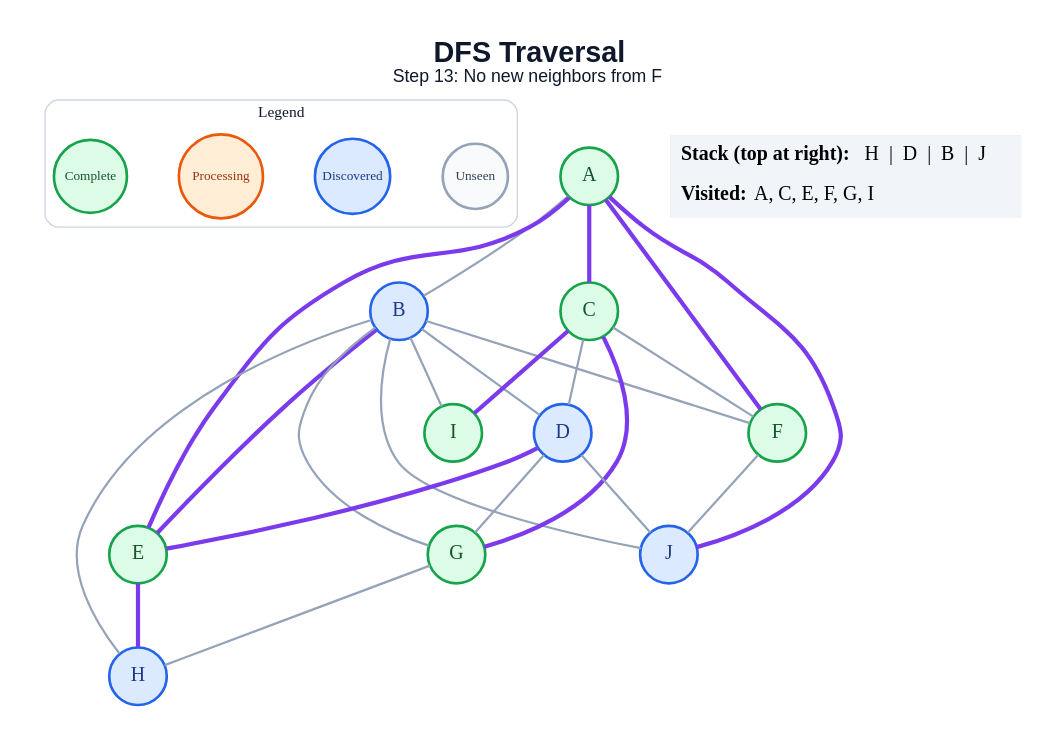
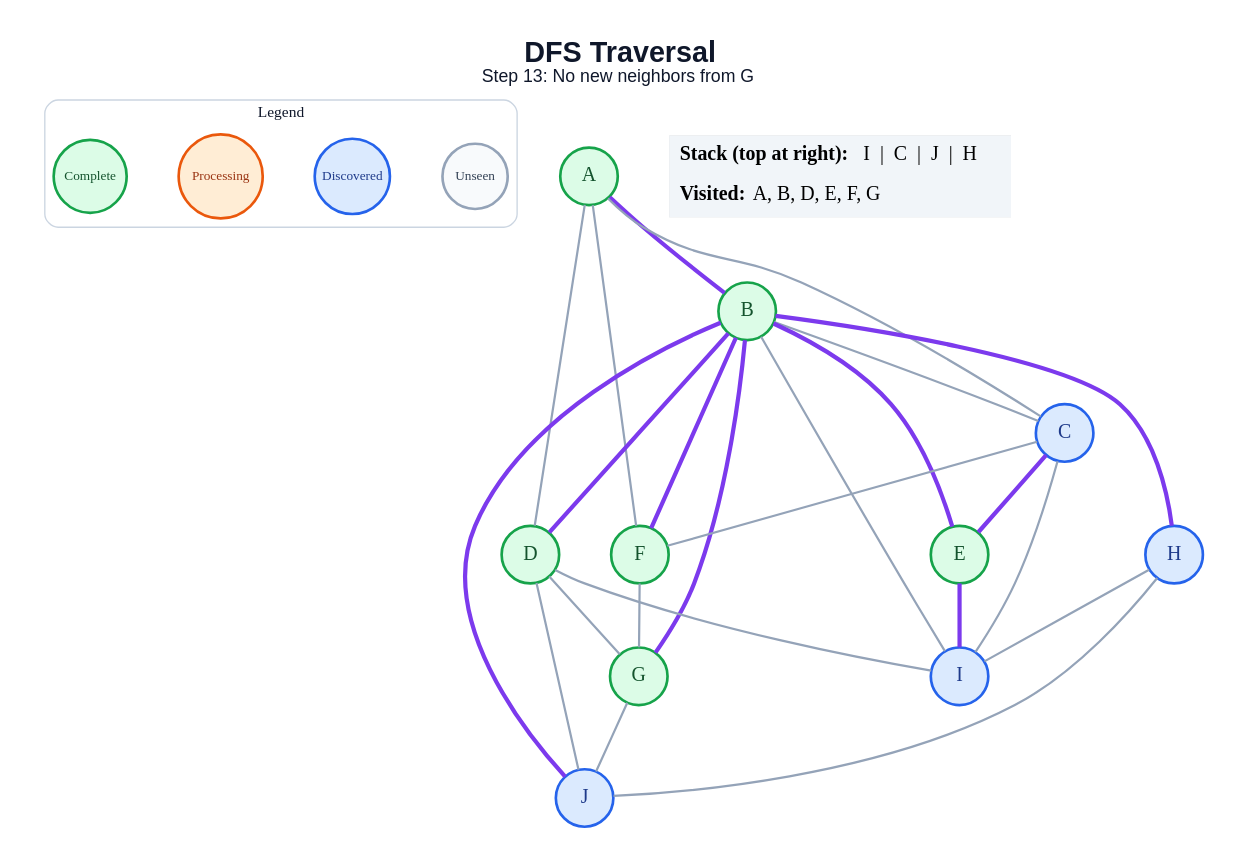
The diagram in generated/specific-node/dfs/step_13.dot (anon7238593-create/ai-slop), drawn with Graphviz before and after one commit. The commit also changed 178 other files, not shown here.

```diff
--- a/generated/specific-node/dfs/step_13.dot
+++ b/generated/specific-node/dfs/step_13.dot
@@ -1,51 +1,52 @@
 graph traversal {
   graph [layout=dot, rankdir=TB, bgcolor="#FFFFFF", pad="0.35", nodesep="0.65", ranksep="0.8", fontname="Arial"];
   node [shape=circle, style="filled", fontname="Arial Bold", fontsize=18, width=0.72, fixedsize=true, penwidth=2.4];
   edge [color="#94A3B8", penwidth=2.0];
-  label=<<B>DFS Traversal</B><BR/><FONT POINT-SIZE="16">Step 13: No new neighbors from F</FONT>>; labelloc="t"; fontsize=26; fontname="Arial"; fontcolor="#0F172A";
+  label=<<B>DFS Traversal</B><BR/><FONT POINT-SIZE="16">Step 13: No new neighbors from G</FONT>>; labelloc="t"; fontsize=26; fontname="Arial"; fontcolor="#0F172A";
   subgraph cluster_legend { label="Legend"; color="#CBD5E1"; penwidth=1.2; style="rounded"; fontsize=14; fontname="Arial Bold";
     key_unseen [label="Unseen", fillcolor="#F8FAFC", color="#94A3B8", fontcolor="#334155", fontsize=12, width=0.82];
     key_frontier [label="Discovered", fillcolor="#DBEAFE", color="#2563EB", fontcolor="#1E3A8A", fontsize=12, width=0.95];
     key_current [label="Processing", fillcolor="#FFEDD5", color="#EA580C", fontcolor="#9A3412", fontsize=12, width=1.05];
     key_done [label="Complete", fillcolor="#DCFCE7", color="#16A34A", fontcolor="#14532D", fontsize=12, width=0.92];
     { rank=same; key_unseen; key_frontier; key_current; key_done; }
   }
   A [fillcolor="#DCFCE7", color="#16A34A", fontcolor="#14532D"];
-  B [fillcolor="#DBEAFE", color="#2563EB", fontcolor="#1E3A8A"];
-  C [fillcolor="#DCFCE7", color="#16A34A", fontcolor="#14532D"];
-  D [fillcolor="#DBEAFE", color="#2563EB", fontcolor="#1E3A8A"];
+  B [fillcolor="#DCFCE7", color="#16A34A", fontcolor="#14532D"];
+  C [fillcolor="#DBEAFE", color="#2563EB", fontcolor="#1E3A8A"];
+  D [fillcolor="#DCFCE7", color="#16A34A", fontcolor="#14532D"];
   E [fillcolor="#DCFCE7", color="#16A34A", fontcolor="#14532D"];
   F [fillcolor="#DCFCE7", color="#16A34A", fontcolor="#14532D"];
   G [fillcolor="#DCFCE7", color="#16A34A", fontcolor="#14532D"];
   H [fillcolor="#DBEAFE", color="#2563EB", fontcolor="#1E3A8A"];
-  I [fillcolor="#DCFCE7", color="#16A34A", fontcolor="#14532D"];
+  I [fillcolor="#DBEAFE", color="#2563EB", fontcolor="#1E3A8A"];
   J [fillcolor="#DBEAFE", color="#2563EB", fontcolor="#1E3A8A"];
-  A -- B;
-  A -- C [color="#7C3AED", penwidth=3.8];
-  A -- E [color="#7C3AED", penwidth=3.8];
-  A -- F [color="#7C3AED", penwidth=3.8];
-  A -- J [color="#7C3AED", penwidth=3.8];
-  B -- D;
+  A -- B [color="#7C3AED", penwidth=3.8];
+  A -- C;
+  A -- D;
+  A -- F;
+  B -- C;
+  B -- D [color="#7C3AED", penwidth=3.8];
   B -- E [color="#7C3AED", penwidth=3.8];
-  B -- F;
-  B -- G;
-  B -- H;
+  B -- F [color="#7C3AED", penwidth=3.8];
+  B -- G [color="#7C3AED", penwidth=3.8];
+  B -- H [color="#7C3AED", penwidth=3.8];
   B -- I;
-  B -- J;
-  C -- D;
+  B -- J [color="#7C3AED", penwidth=3.8];
+  C -- E [color="#7C3AED", penwidth=3.8];
   C -- F;
-  C -- G [color="#7C3AED", penwidth=3.8];
-  C -- I [color="#7C3AED", penwidth=3.8];
-  D -- E [color="#7C3AED", penwidth=3.8];
+  C -- I;
   D -- G;
+  D -- I;
   D -- J;
-  E -- H [color="#7C3AED", penwidth=3.8];
-  F -- J;
-  G -- H;
+  E -- I [color="#7C3AED", penwidth=3.8];
+  F -- G;
+  G -- J;
+  H -- I;
+  H -- J;
   status [shape=plain, fixedsize=false, width=0, height=0, margin=0, label=<
     <TABLE BORDER="0" CELLBORDER="0" CELLPADDING="7" BGCOLOR="#F1F5F9">
-      <TR><TD ALIGN="LEFT"><B>Stack (top at right):</B> H  |  D  |  B  |  J</TD></TR>
-      <TR><TD ALIGN="LEFT"><B>Visited:</B> A, C, E, F, G, I</TD></TR>
+      <TR><TD ALIGN="LEFT"><B>Stack (top at right):</B> I  |  C  |  J  |  H</TD></TR>
+      <TR><TD ALIGN="LEFT"><B>Visited:</B> A, B, D, E, F, G</TD></TR>
     </TABLE>
   >];
 }
```
